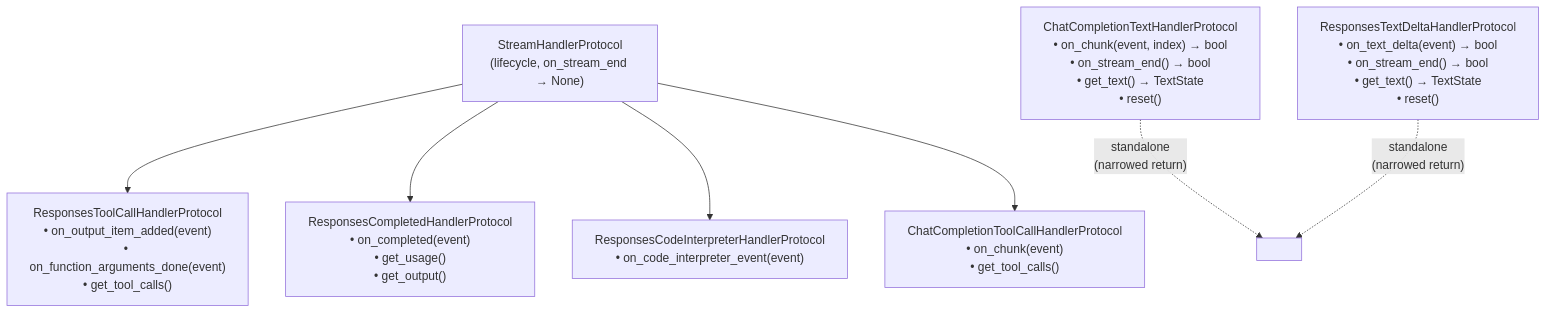
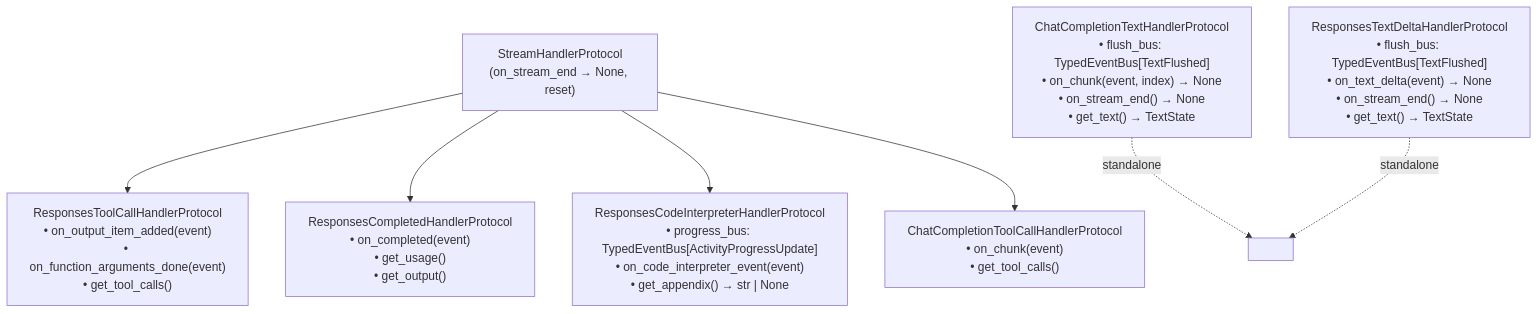
The diagram in unique_toolkit/docs/architecture/streaming/handler-protocols.md (Unique-AG/ai), drawn with Mermaid before and after one commit. The commit also changed other lines of this file and 19 other files, not shown here.

First line of the commit message:
refactor(toolkit): handler-owned typed buses for text flush + activity progress

````diff
--- a/unique_toolkit/docs/architecture/streaming/handler-protocols.md
+++ b/unique_toolkit/docs/architecture/streaming/handler-protocols.md
@@ -26,15 +26,15 @@
 ```mermaid
 flowchart TB
-    SHP["StreamHandlerProtocol<br/>(lifecycle, on_stream_end → None)"]
+    SHP["StreamHandlerProtocol<br/>(on_stream_end → None, reset)"]
 
-    TextCC["ChatCompletionTextHandlerProtocol<br/>• on_chunk(event, index) → bool<br/>• on_stream_end() → bool<br/>• get_text() → TextState<br/>• reset()"]
-    TextR["ResponsesTextDeltaHandlerProtocol<br/>• on_text_delta(event) → bool<br/>• on_stream_end() → bool<br/>• get_text() → TextState<br/>• reset()"]
+    TextCC["ChatCompletionTextHandlerProtocol<br/>• flush_bus: TypedEventBus[TextFlushed]<br/>• on_chunk(event, index) → None<br/>• on_stream_end() → None<br/>• get_text() → TextState"]
+    TextR["ResponsesTextDeltaHandlerProtocol<br/>• flush_bus: TypedEventBus[TextFlushed]<br/>• on_text_delta(event) → None<br/>• on_stream_end() → None<br/>• get_text() → TextState"]
 
     SHP --> RTCH["ResponsesToolCallHandlerProtocol<br/>• on_output_item_added(event)<br/>• on_function_arguments_done(event)<br/>• get_tool_calls()"]
     SHP --> RCH["ResponsesCompletedHandlerProtocol<br/>• on_completed(event)<br/>• get_usage()<br/>• get_output()"]
-    SHP --> RCIH["ResponsesCodeInterpreterHandlerProtocol<br/>• on_code_interpreter_event(event)"]
+    SHP --> RCIH["ResponsesCodeInterpreterHandlerProtocol<br/>• progress_bus: TypedEventBus[ActivityProgressUpdate]<br/>• on_code_interpreter_event(event)<br/>• get_appendix() → str | None"]
     SHP --> CCTCH["ChatCompletionToolCallHandlerProtocol<br/>• on_chunk(event)<br/>• get_tool_calls()"]
 
-    TextCC -. "standalone<br/>(narrowed return)" .-> note1[" "]
-    TextR -. "standalone<br/>(narrowed return)" .-> note1
+    TextCC -. "standalone" .-> note1[" "]
+    TextR -. "standalone" .-> note1
 ```
````
